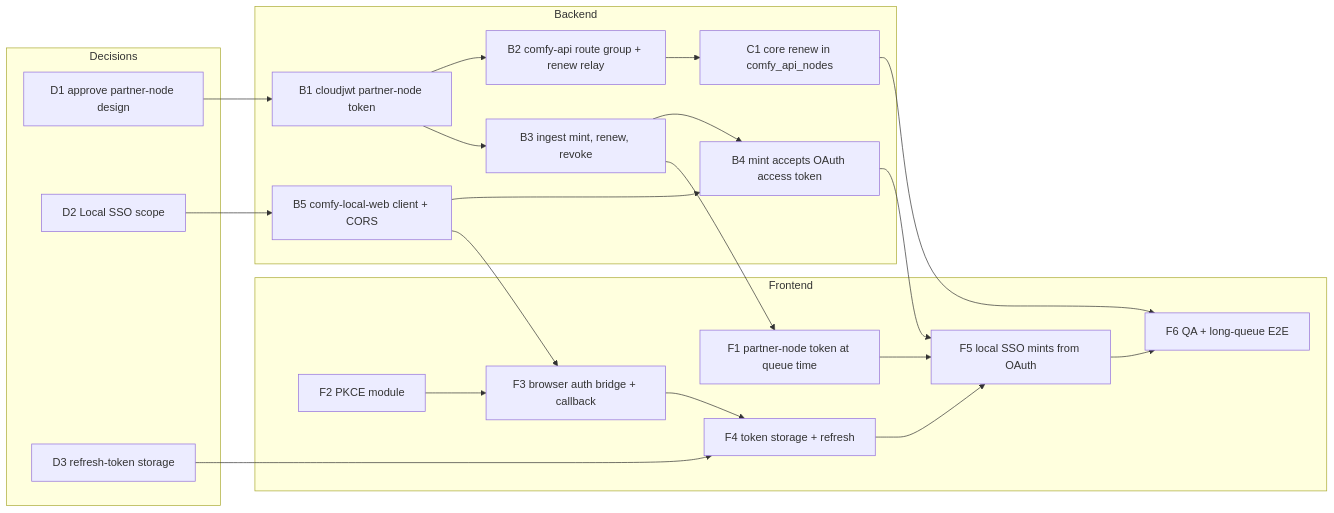
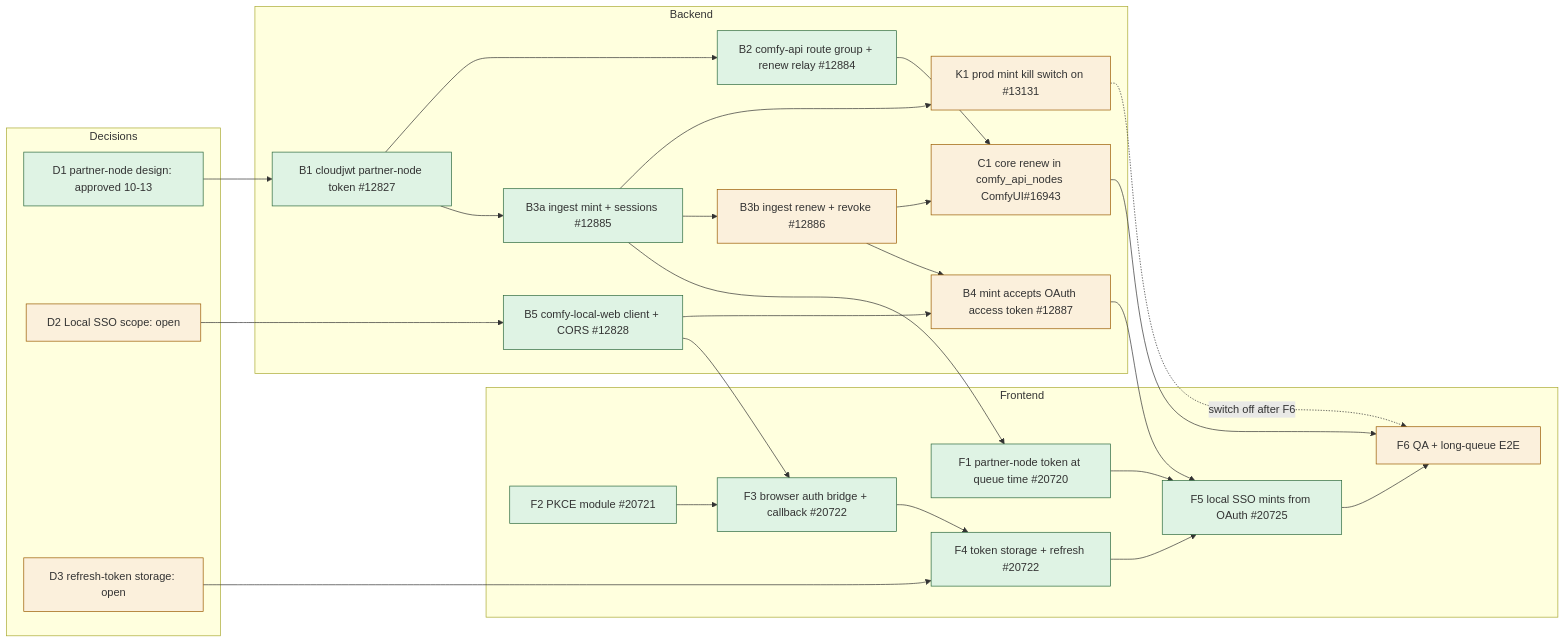
The diagram in docs/tdd/2026-10-local-comfyui-sso-sign-in.md (Comfy-Org/ComfyUI_frontend), drawn with Mermaid before and after one commit. The commit also changed other lines of this file and 1 other file, not shown here.

Commit message:
docs(auth): record the D1 decision and the current local SSO graph (FE-2170)
D1 was approved on #proj-sso on 10-13. Mark ADR-AUTH-LOCAL-0043 accepted,
add the outcome of each decision to the TDD, split B3 into the merged
mint (B3a) and the open renew/revoke (B3b), add the prod mint kill switch
(K1), and put the PR for each item into the dependency graph.

````diff
--- a/docs/tdd/2026-10-local-comfyui-sso-sign-in.md
+++ b/docs/tdd/2026-10-local-comfyui-sso-sign-in.md
@@ -60,41 +60,51 @@
 ```mermaid
 flowchart LR
   subgraph Decisions
-    D1["D1 approve partner-node design"]
-    D2["D2 Local SSO scope"]
-    D3["D3 refresh-token storage"]
+    D1["D1 partner-node design: approved 10-13"]
+    D2["D2 Local SSO scope: open"]
+    D3["D3 refresh-token storage: open"]
   end
   subgraph Backend
-    B1["B1 cloudjwt partner-node token"]
-    B2["B2 comfy-api route group + renew relay"]
-    B3["B3 ingest mint, renew, revoke"]
-    B4["B4 mint accepts OAuth access token"]
-    B5["B5 comfy-local-web client + CORS"]
-    C1["C1 core renew in comfy_api_nodes"]
+    B1["B1 cloudjwt partner-node token #12827"]
+    B2["B2 comfy-api route group + renew relay #12884"]
+    B3a["B3a ingest mint + sessions #12885"]
+    K1["K1 prod mint kill switch on #13131"]
+    B3b["B3b ingest renew + revoke #12886"]
+    B4["B4 mint accepts OAuth access token #12887"]
+    B5["B5 comfy-local-web client + CORS #12828"]
+    C1["C1 core renew in comfy_api_nodes ComfyUI#16943"]
   end
   subgraph Frontend
-    F1["F1 partner-node token at queue time"]
-    F2["F2 PKCE module"]
-    F3["F3 browser auth bridge + callback"]
-    F4["F4 token storage + refresh"]
-    F5["F5 local SSO mints from OAuth"]
+    F1["F1 partner-node token at queue time #20720"]
+    F2["F2 PKCE module #20721"]
+    F3["F3 browser auth bridge + callback #20722"]
+    F4["F4 token storage + refresh #20722"]
+    F5["F5 local SSO mints from OAuth #20725"]
     F6["F6 QA + long-queue E2E"]
   end
   D1 --> B1
   B1 --> B2
-  B1 --> B3
+  B1 --> B3a
+  B3a --> K1
+  B3a --> B3b
   B2 --> C1
-  B3 --> B4
+  B3b --> C1
+  B3b --> B4
   D2 --> B5
   B5 --> B4
-  B3 --> F1
+  B3a --> F1
   F2 --> F3
   B5 --> F3
   F3 --> F4
   D3 --> F4
   F1 --> F5
   F4 --> F5
   B4 --> F5
   C1 --> F6
   F5 --> F6
+  K1 -. "switch off after F6" .-> F6
+  classDef done fill:#dff3e4,stroke:#2d6a3e
+  classDef open fill:#fbf0dc,stroke:#9a5b00
+  class D1,B1,B2,B3a,B5,F1,F2,F3,F4,F5 done
+  class D2,D3,K1,B3b,B4,C1,F6 open
 ```
````
